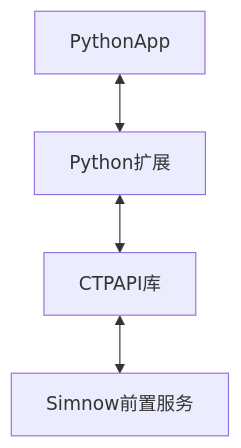
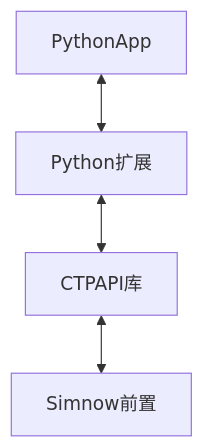
Before and after one commit to openctp/openctp-ctp-python: the diagram in README.md, drawn with Mermaid. The commit also changed other lines of this file, not shown here.

````diff
--- a/README.md
+++ b/README.md
@@ -44,6 +46,6 @@
 ```mermaid 
 graph TD;     
   PythonApp<-->Python扩展;     
   Python扩展<-->CTPAPI库;     
-  CTPAPI库<-->Simnow前置服务;     
+  CTPAPI库<-->Simnow前置;     
 ```
````
